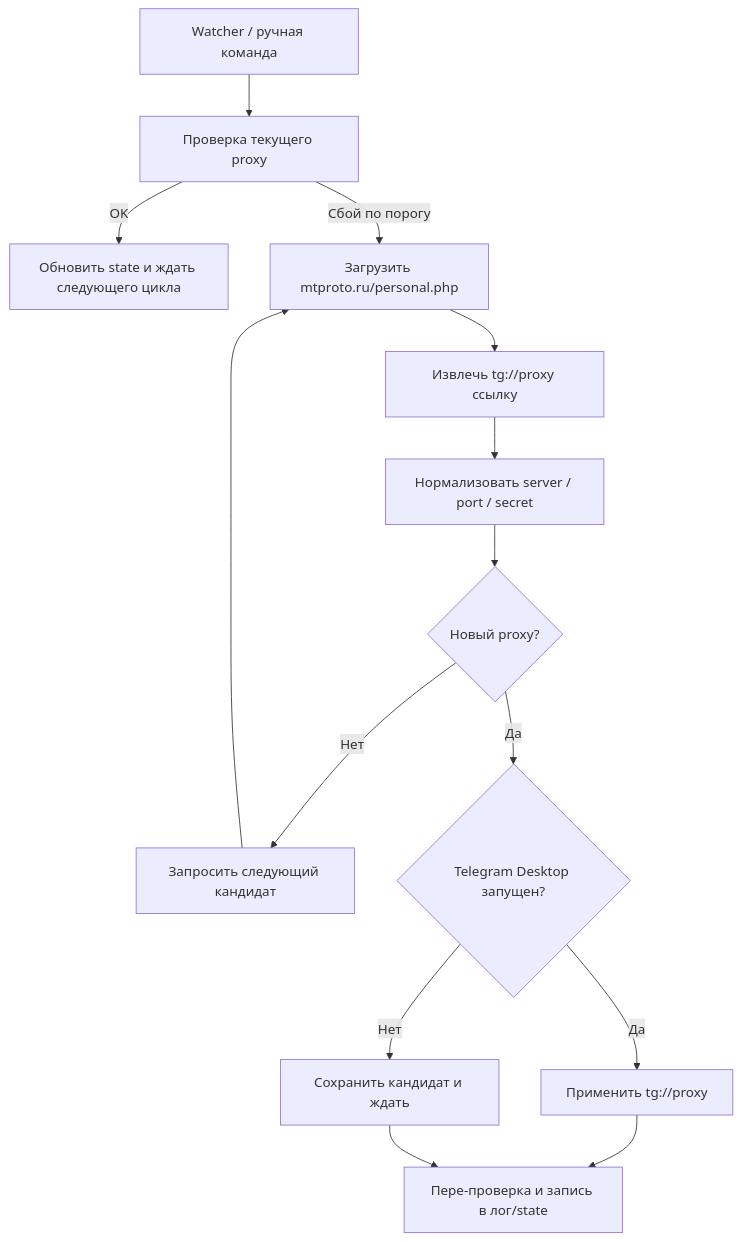
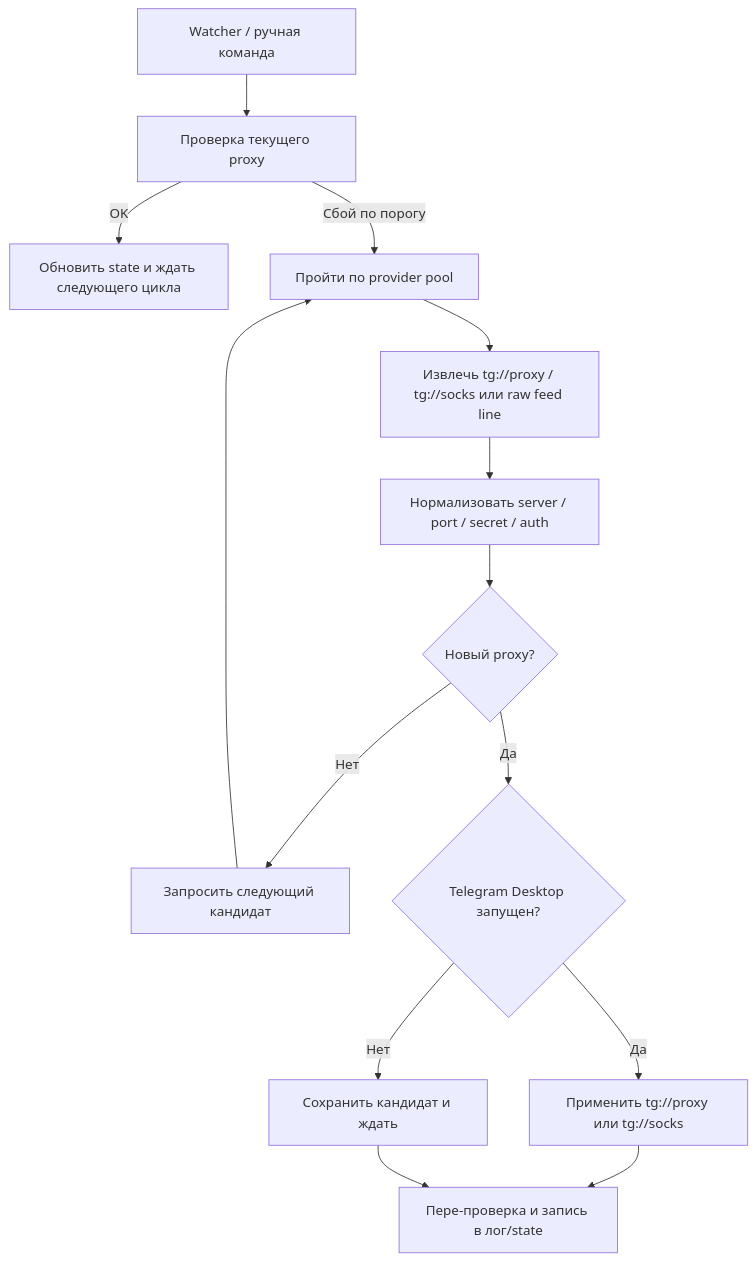
One commit to TheLitis/ProtoSwitch changed the diagram in README.md. Above: the diagram before and after it, drawn with Mermaid. The commit also changed other lines of this file and 3 other files, not shown here.

Commit message:
docs: document provider pool and beta.9 flow

````diff
--- a/README.md
+++ b/README.md
@@ -143,16 +143,16 @@
 ```mermaid
 flowchart TD
     A["Watcher / ручная команда"] --> B["Проверка текущего proxy"]
     B -->|OK| C["Обновить state и ждать следующего цикла"]
-    B -->|Сбой по порогу| D["Загрузить mtproto.ru/personal.php"]
-    D --> E["Извлечь tg://proxy ссылку"]
-    E --> F["Нормализовать server / port / secret"]
+    B -->|Сбой по порогу| D["Пройти по provider pool"]
+    D --> E["Извлечь tg://proxy / tg://socks или raw feed line"]
+    E --> F["Нормализовать server / port / secret / auth"]
     F --> G{"Новый proxy?"}
     G -->|Нет| H["Запросить следующий кандидат"]
     H --> D
     G -->|Да| I{"Telegram Desktop запущен?"}
-    I -->|Да| J["Применить tg://proxy"]
+    I -->|Да| J["Применить tg://proxy или tg://socks"]
     I -->|Нет| K["Сохранить кандидат и ждать"]
     J --> L["Пере-проверка и запись в лог/state"]
     K --> L
 ```
````
